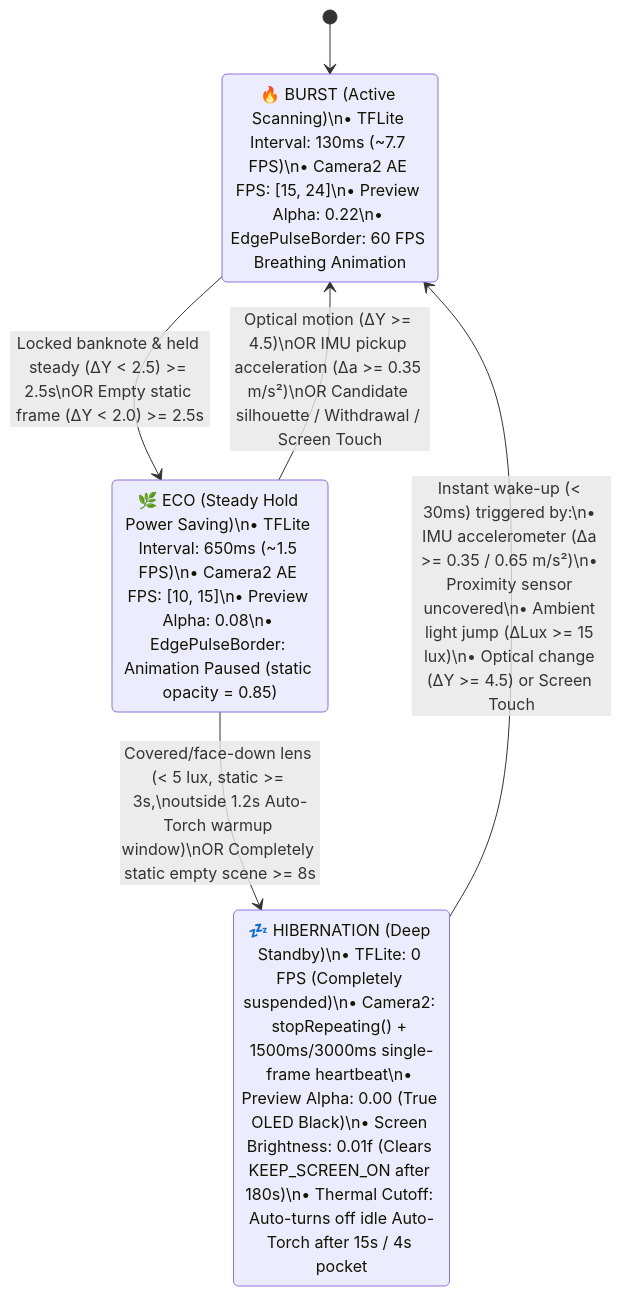
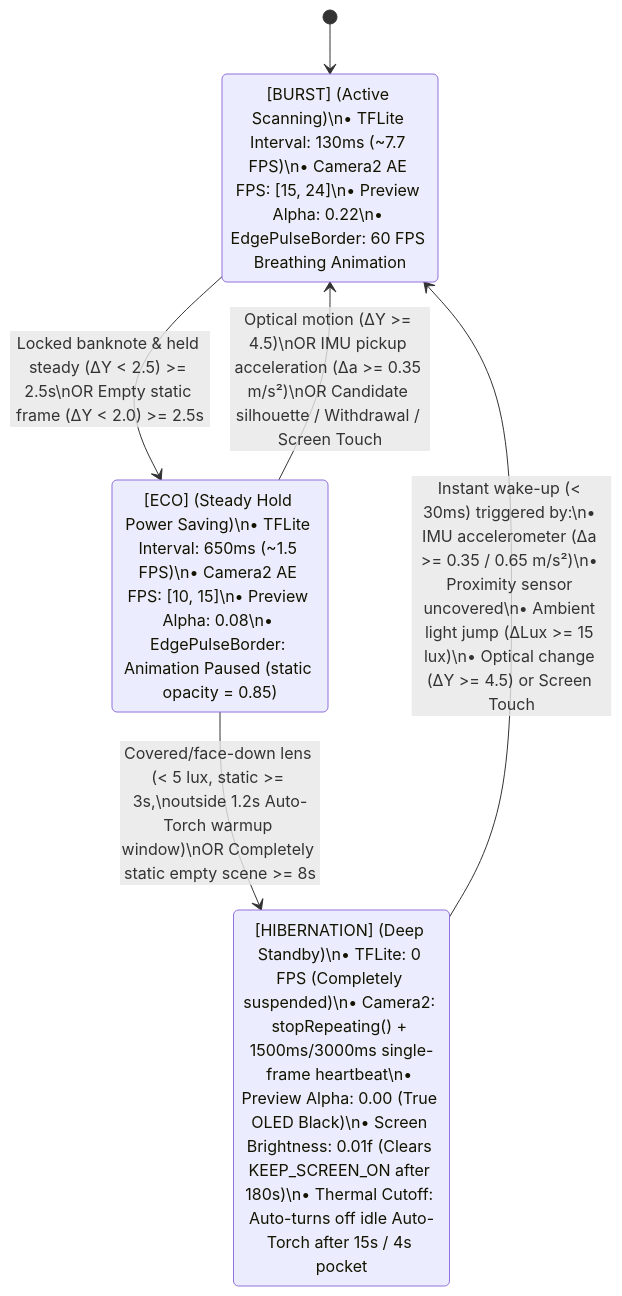
Before and after one commit to hezioquan12/vietnamese-money-vision: the seventh of 9 diagrams in docs/SYSTEM_ARCHITECTURE_AND_DESIGN.en.md, drawn with Mermaid. The commit also changed other lines of this file and 4 other files, not shown here.

Commit message:
docs: standardize technical specifications, remove sprint tickets and de-slop diagrams

````diff
--- a/docs/SYSTEM_ARCHITECTURE_AND_DESIGN.en.md
+++ b/docs/SYSTEM_ARCHITECTURE_AND_DESIGN.en.md
@@ -292,12 +292,12 @@
 ```mermaid
 stateDiagram-v2
     [*] --> BURST
-    BURST: 🔥 BURST (Active Scanning)\n• TFLite Interval: 130ms (~7.7 FPS)\n• Camera2 AE FPS: [15, 24]\n• Preview Alpha: 0.22\n• EdgePulseBorder: 60 FPS Breathing Animation
-    ECO: 🌿 ECO (Steady Hold Power Saving)\n• TFLite Interval: 650ms (~1.5 FPS)\n• Camera2 AE FPS: [10, 15]\n• Preview Alpha: 0.08\n• EdgePulseBorder: Animation Paused (static opacity = 0.85)
-    HIBERNATION: 💤 HIBERNATION (Deep Standby)\n• TFLite: 0 FPS (Completely suspended)\n• Camera2: stopRepeating() + 1500ms/3000ms single-frame heartbeat\n• Preview Alpha: 0.00 (True OLED Black)\n• Screen Brightness: 0.01f (Clears KEEP_SCREEN_ON after 180s)\n• Thermal Cutoff: Auto-turns off idle Auto-Torch after 15s / 4s pocket
+    BURST: [BURST] (Active Scanning)\n• TFLite Interval: 130ms (~7.7 FPS)\n• Camera2 AE FPS: [15, 24]\n• Preview Alpha: 0.22\n• EdgePulseBorder: 60 FPS Breathing Animation
+    ECO: [ECO] (Steady Hold Power Saving)\n• TFLite Interval: 650ms (~1.5 FPS)\n• Camera2 AE FPS: [10, 15]\n• Preview Alpha: 0.08\n• EdgePulseBorder: Animation Paused (static opacity = 0.85)
+    HIBERNATION: [HIBERNATION] (Deep Standby)\n• TFLite: 0 FPS (Completely suspended)\n• Camera2: stopRepeating() + 1500ms/3000ms single-frame heartbeat\n• Preview Alpha: 0.00 (True OLED Black)\n• Screen Brightness: 0.01f (Clears KEEP_SCREEN_ON after 180s)\n• Thermal Cutoff: Auto-turns off idle Auto-Torch after 15s / 4s pocket
 
     BURST --> ECO: Locked banknote & held steady (ΔY < 2.5) >= 2.5s\nOR Empty static frame (ΔY < 2.0) >= 2.5s
     ECO --> BURST: Optical motion (ΔY >= 4.5)\nOR IMU pickup acceleration (Δa >= 0.35 m/s²)\nOR Candidate silhouette / Withdrawal / Screen Touch
     ECO --> HIBERNATION: Covered/face-down lens (< 5 lux, static >= 3s,\noutside 1.2s Auto-Torch warmup window)\nOR Completely static empty scene >= 8s
     HIBERNATION --> BURST: Instant wake-up (< 30ms) triggered by:\n• IMU accelerometer (Δa >= 0.35 / 0.65 m/s²)\n• Proximity sensor uncovered\n• Ambient light jump (ΔLux >= 15 lux)\n• Optical change (ΔY >= 4.5) or Screen Touch
 ```
````
